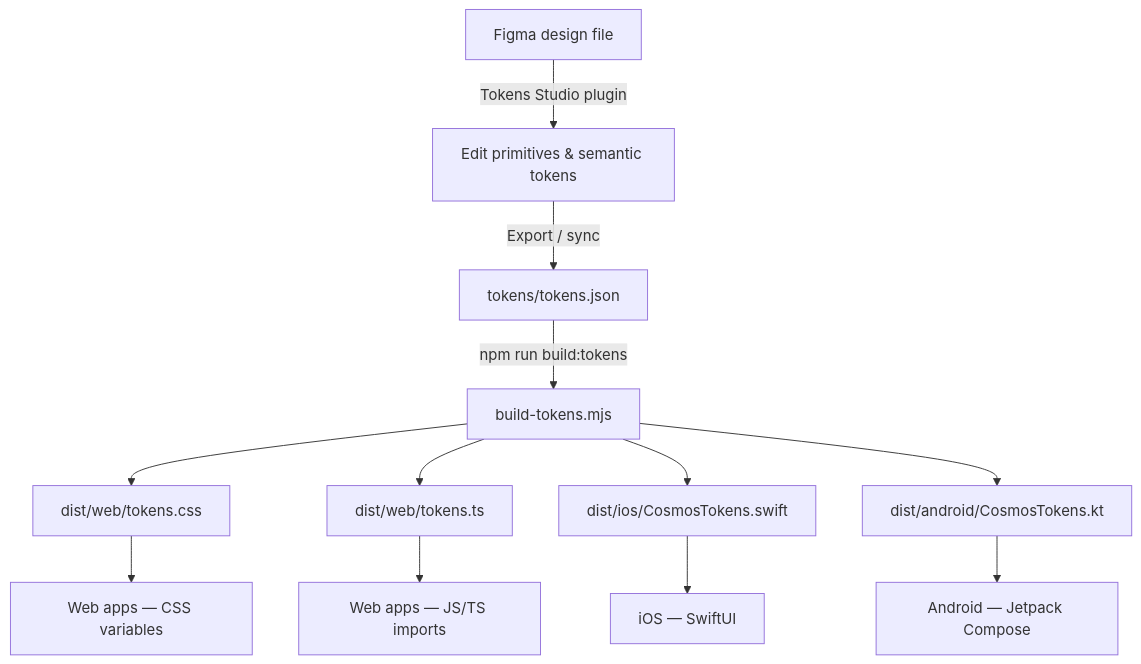
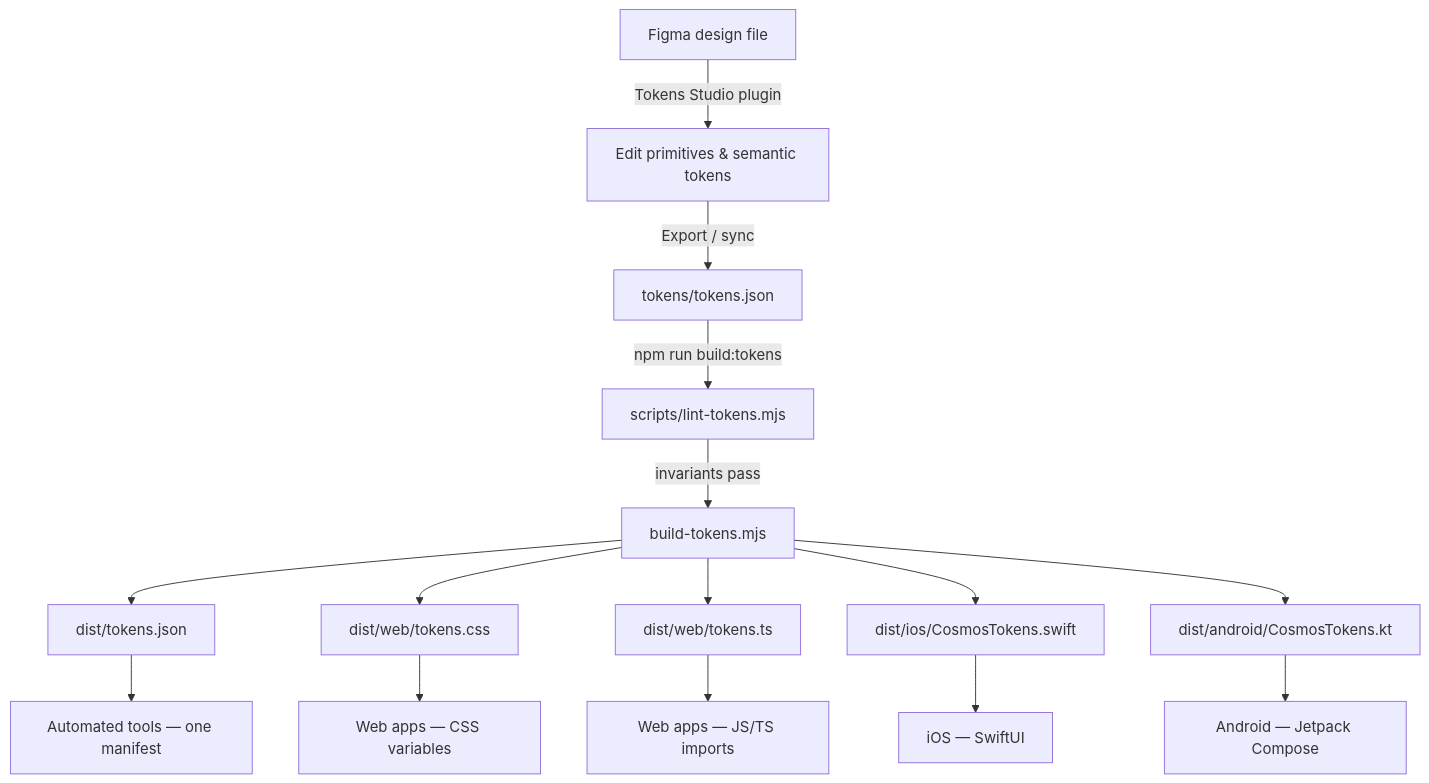
The diagram in README.md (ivineel11/mmt-cosmos-design-tokens), drawn with Mermaid before and after one commit. The commit also changed other lines of this file and 9 other files, not shown here.

````diff
--- a/README.md
+++ b/README.md
@@ -25,14 +50,17 @@
 ```mermaid
 flowchart TD
   A[Figma design file] -->|Tokens Studio plugin| B[Edit primitives & semantic tokens]
   B -->|Export / sync| C["tokens/tokens.json"]
-  C -->|npm run build:tokens| D[build-tokens.mjs]
+  C -->|npm run build:tokens| L[scripts/lint-tokens.mjs]
+  L -->|invariants pass| D[build-tokens.mjs]
+  D --> E0[dist/tokens.json]
   D --> E1[dist/web/tokens.css]
   D --> E2[dist/web/tokens.ts]
   D --> E3[dist/ios/CosmosTokens.swift]
   D --> E4[dist/android/CosmosTokens.kt]
+  E0 --> F0[Automated tools — one manifest]
   E1 --> F1[Web apps — CSS variables]
   E2 --> F2[Web apps — JS/TS imports]
   E3 --> F3[iOS — SwiftUI]
   E4 --> F4[Android — Jetpack Compose]
 ```
````
